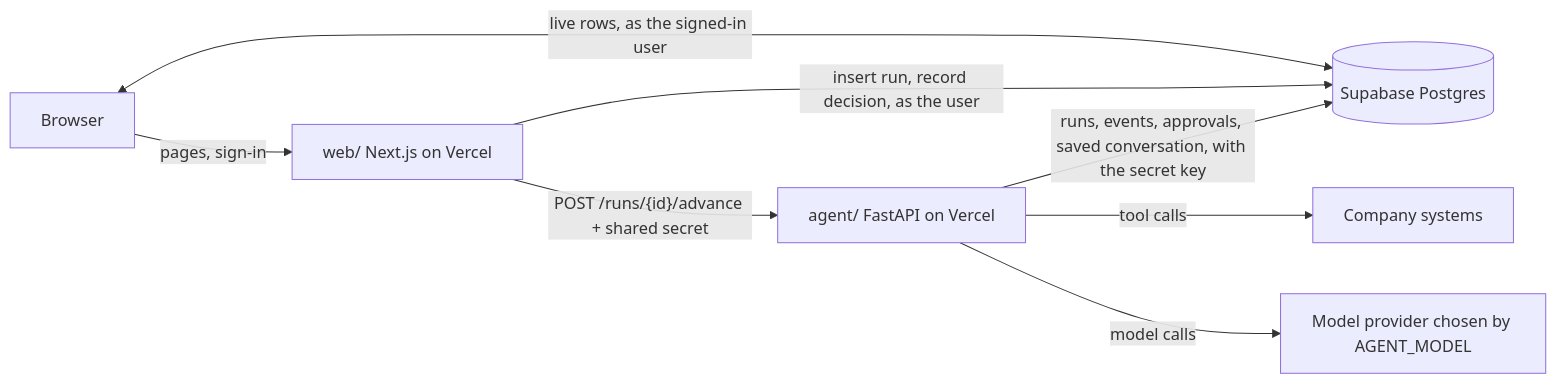
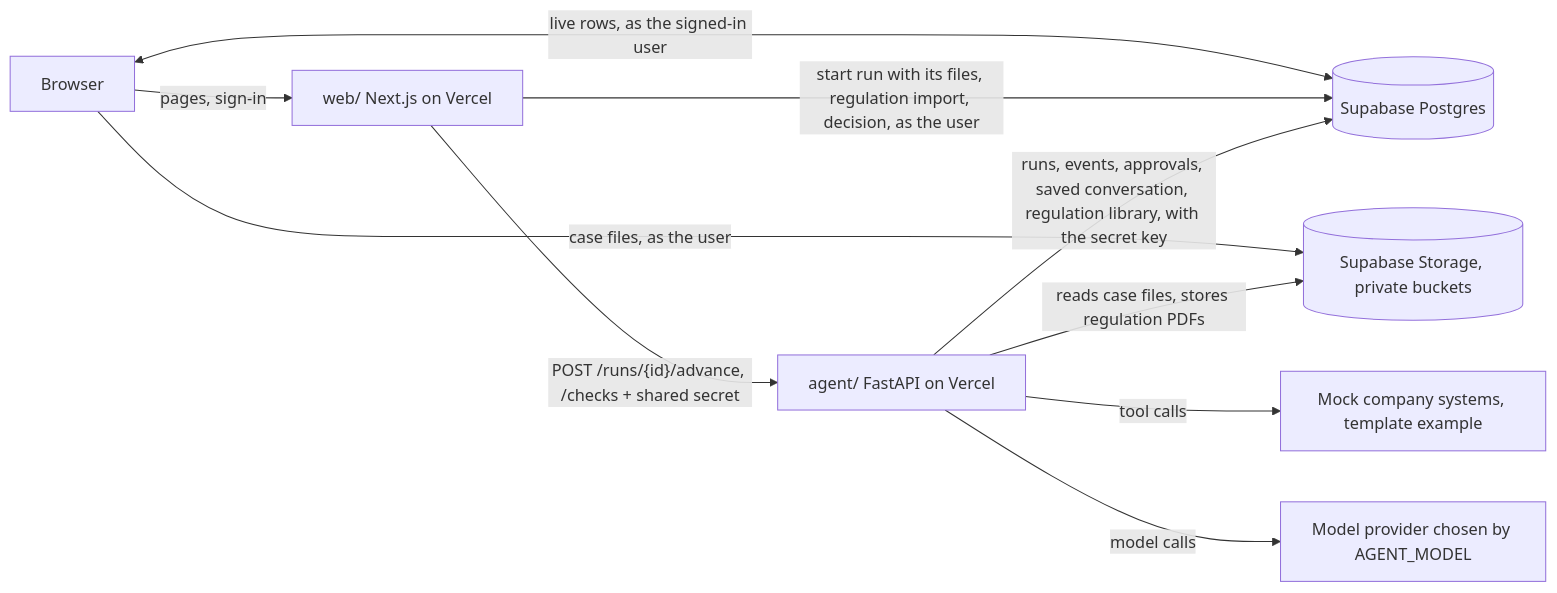
One commit to space-agents-hack/industrial-hackathon-space-agents changed the diagram in docs/architecture.md. Above: the diagram before and after it, drawn with Mermaid. The commit also changed other lines of this file and 5 other files, not shown here.

````diff
--- a/docs/architecture.md
+++ b/docs/architecture.md
@@ -7,10 +14,12 @@
 ```mermaid
 flowchart LR
   B[Browser] -->|pages, sign-in| W[web/ Next.js on Vercel]
   B <-->|live rows, as the signed-in user| D[(Supabase Postgres)]
-  W -->|insert run, record decision, as the user| D
-  W -->|"POST /runs/{id}/advance + shared secret"| A[agent/ FastAPI on Vercel]
-  A -->|runs, events, approvals, saved conversation, with the secret key| D
-  A -->|tool calls| S[Company systems]
+  B -->|case files, as the user| F[(Supabase Storage, private buckets)]
+  W -->|start run with its files, regulation import, decision, as the user| D
+  W -->|"POST /runs/{id}/advance, /checks + shared secret"| A[agent/ FastAPI on Vercel]
+  A -->|runs, events, approvals, saved conversation, regulation library, with the secret key| D
+  A -->|reads case files, stores regulation PDFs| F
+  A -->|tool calls| S[Mock company systems, template example]
   A -->|model calls| M[Model provider chosen by AGENT_MODEL]
 ```
````
